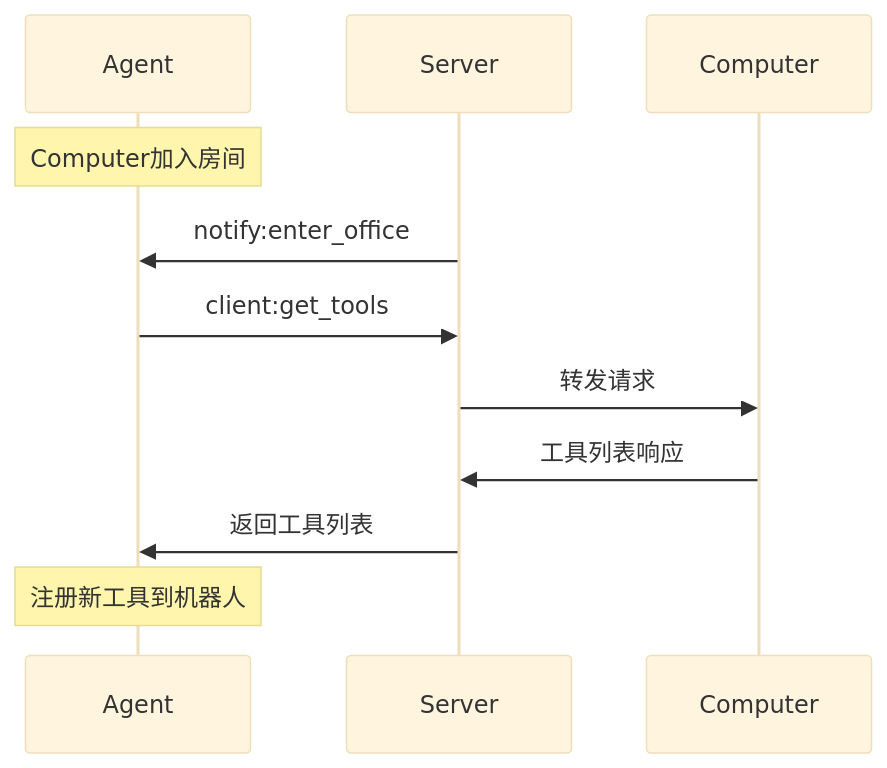
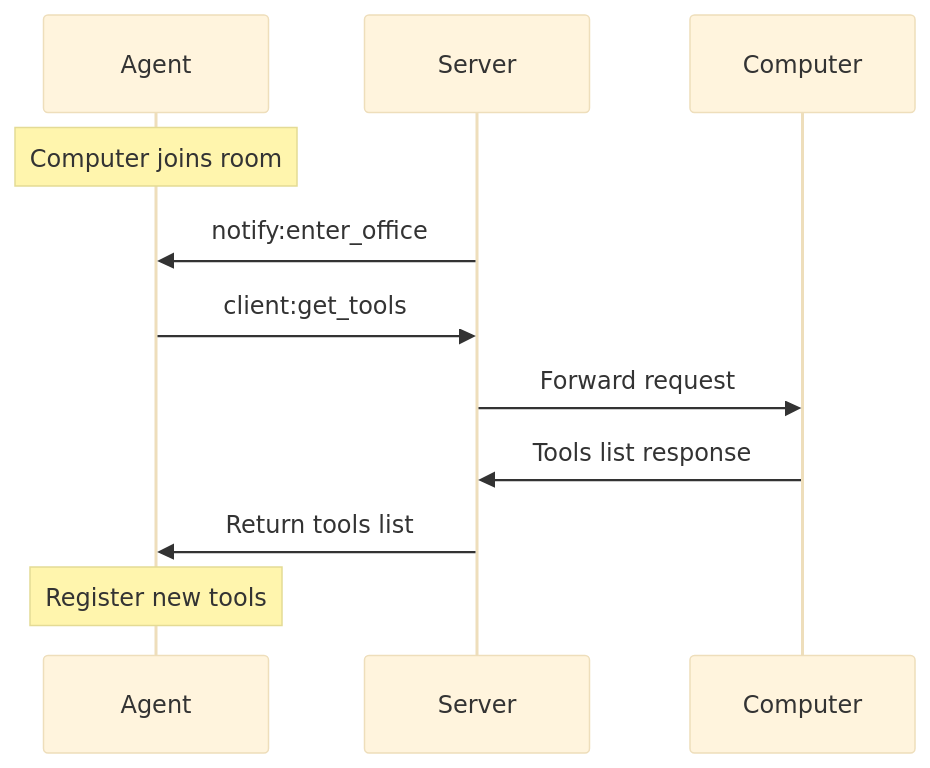
Before and after one commit to A2C-SMCP/.github: the seventh of 7 diagrams in profile/README.md, drawn with Mermaid (base theme). The commit also changed other lines of this file and 2 other files, not shown here.

````diff
--- a/profile/README.md
+++ b/profile/README.md
@@ -239,14 +243,14 @@
 ```mermaid
 sequenceDiagram
     participant A as Agent
     participant S as Server
     participant C as Computer
     
-    Note over A: Computer加入房间
+    Note over A: Computer joins room
     S->>A: notify:enter_office
     A->>S: client:get_tools
-    S->>C: 转发请求
-    C->>S: 工具列表响应
-    S->>A: 返回工具列表
-    Note over A: 注册新工具到机器人
+    S->>C: Forward request
+    C->>S: Tools list response
+    S->>A: Return tools list
+    Note over A: Register new tools
 ```
````
